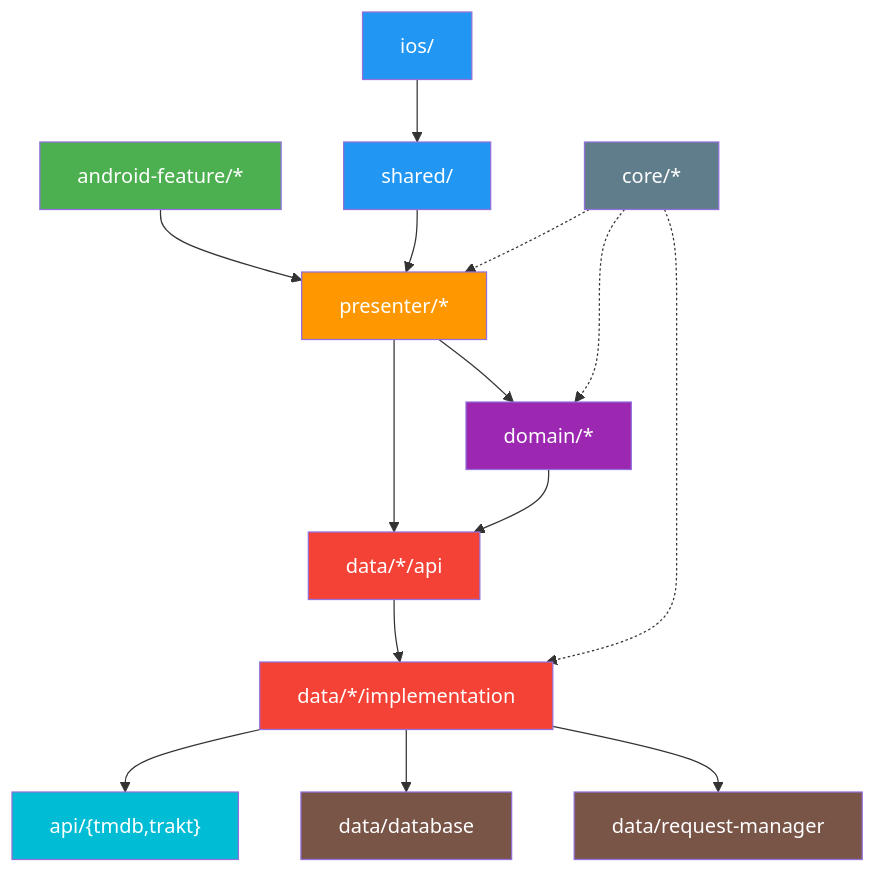
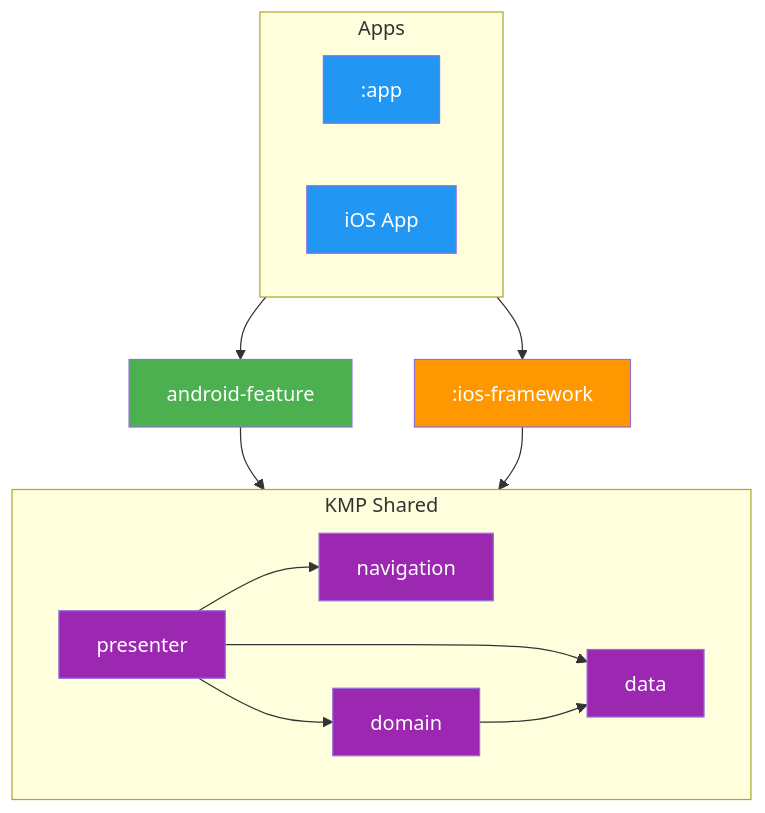
One commit to thomaskioko/tv-maniac changed the diagram in docs/architecture/MODULARIZATION.md. Above: the diagram before and after it, drawn with Mermaid. The commit also changed other lines of this file and 490 other files, not shown here.

````diff
--- a/docs/architecture/MODULARIZATION.md
+++ b/docs/architecture/MODULARIZATION.md
@@ -7,28 +9,37 @@
 ```mermaid
 graph TD
-    AF["android-feature/*"] --> P["presenter/*"]
-    iOS["ios/"] --> S["shared/"]
-    S --> P
-    P --> D["domain/*"]
-    P --> DA["data/*/api"]
-    D --> DA
-    DA --> DI["data/*/implementation"]
-    DI --> API["api/{tmdb,trakt}"]
-    DI --> DB["data/database"]
-    DI --> RM["data/request-manager"]
-    C["core/*"] -.-> P
-    C -.-> D
-    C -.-> DI
+    subgraph Apps["Apps"]
+        direction LR
+        ANDROID[":app"]
+        IOSAPP["iOS App"]
+    end
 
+    AF["android-feature"]
+    IOSFW[":ios-framework"]
+
+    subgraph Shared["KMP Shared"]
+        direction LR
+        P["presenter"]
+        NAV["navigation"]
+        DOM["domain"]
+        DATA["data"]
+        P --> NAV
+        P --> DOM
+        P --> DATA
+        DOM --> DATA
+    end
+
+    ANDROID --> AF
+    AF --> Shared
+    IOSAPP --> IOSFW
+    IOSFW --> Shared
+
+    style ANDROID fill:#2196F3,color:#fff
+    style IOSAPP fill:#2196F3,color:#fff
     style AF fill:#4CAF50,color:#fff
-    style iOS fill:#2196F3,color:#fff
-    style P fill:#FF9800,color:#fff
-    style D fill:#9C27B0,color:#fff
-    style DA fill:#F44336,color:#fff
-    style DI fill:#F44336,color:#fff
-    style API fill:#00BCD4,color:#fff
-    style DB fill:#795548,color:#fff
-    style RM fill:#795548,color:#fff
-    style S fill:#2196F3,color:#fff
-    style C fill:#607D8B,color:#fff
+    style IOSFW fill:#FF9800,color:#fff
+    style P fill:#9C27B0,color:#fff
+    style NAV fill:#9C27B0,color:#fff
+    style DOM fill:#9C27B0,color:#fff
+    style DATA fill:#9C27B0,color:#fff
 ```
````
